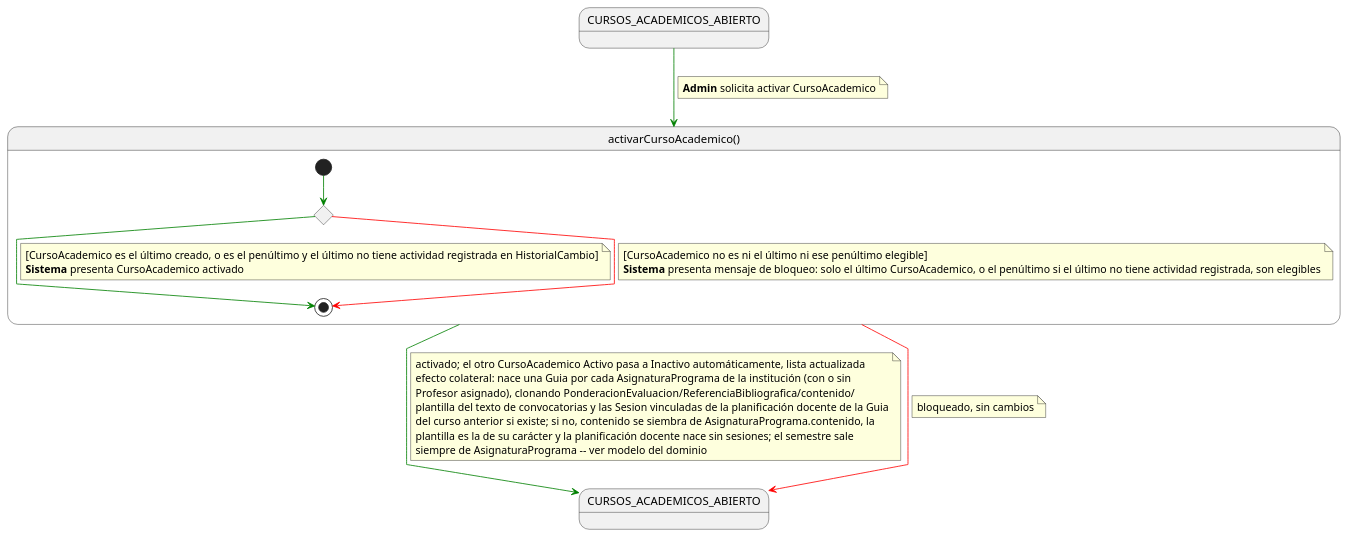
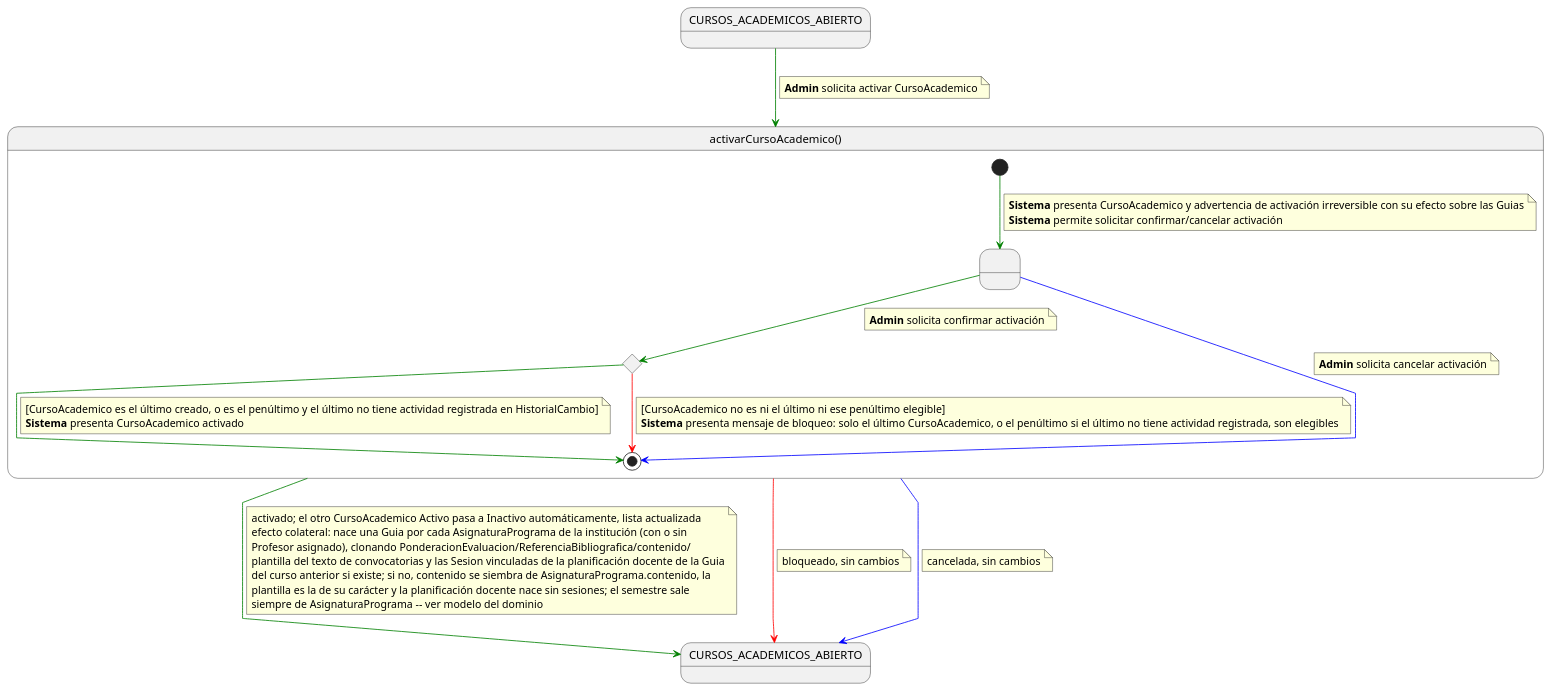
One commit to mmasias/pyCeldaPublico changed the diagram in RUP/01-requisitos/03-detalle-casos-uso/activarCursoAcademico/especificacion.puml. Above: the diagram before and after it, drawn with PlantUML. The commit also changed 384 other files, not shown here.

Commit message:
docs: sincroniza el subconjunto público con pyCelda 1344b652 (auditoría de wireframes de Admin: casos exclusivos y variantes de Admin de los compartidos)

```diff
--- a/RUP/01-requisitos/03-detalle-casos-uso/activarCursoAcademico/especificacion.puml
+++ b/RUP/01-requisitos/03-detalle-casos-uso/activarCursoAcademico/especificacion.puml
@@ -1,51 +1,68 @@
 @startuml activarCursoAcademico
 
 skinparam linetype polyline
 
 state CURSOS_ACADEMICOS_ABIERTO
 state CURSOS_ACADEMICOS_ABIERTOS_SALIDA as "CURSOS_ACADEMICOS_ABIERTO"
 
 CURSOS_ACADEMICOS_ABIERTO -[#green]-> activarCursoAcademico
 note on link
 <b>Admin</b> solicita activar CursoAcademico
 end note
 
-' No implementado en código -- caso de uso solo de la fase de Requisitos.
-' Mismo régimen que Requisito/CursoAcademico en el modelo del dominio:
-' representación correcta, pendiente de construir.
 state activarCursoAcademico as "activarCursoAcademico()" {
 
+    state " " as ConfirmandoActivacion
     state c <<choice>>
 
-    [*] -[#green]-> c
+    [*] -[#green]-> ConfirmandoActivacion
+    note on link
+    <b>Sistema</b> presenta CursoAcademico y advertencia de activación irreversible con su efecto sobre las Guias
+    <b>Sistema</b> permite solicitar confirmar/cancelar activación
+    end note
+
+    ConfirmandoActivacion -[#green]-> c
+    note on link
+    <b>Admin</b> solicita confirmar activación
+    end note
+
+    ConfirmandoActivacion -[#blue]-> [*]
+    note on link
+    <b>Admin</b> solicita cancelar activación
+    end note
 
     c -[#green]-> [*]
     note on link
     [CursoAcademico es el último creado, o es el penúltimo y el último no tiene actividad registrada en HistorialCambio]
     <b>Sistema</b> presenta CursoAcademico activado
     end note
 
     c -[#red]-> [*]
     note on link
     [CursoAcademico no es ni el último ni ese penúltimo elegible]
     <b>Sistema</b> presenta mensaje de bloqueo: solo el último CursoAcademico, o el penúltimo si el último no tiene actividad registrada, son elegibles
     end note
 }
 
 activarCursoAcademico -[#green]-> CURSOS_ACADEMICOS_ABIERTOS_SALIDA
 note on link
 activado; el otro CursoAcademico Activo pasa a Inactivo automáticamente, lista actualizada
 efecto colateral: nace una Guia por cada AsignaturaPrograma de la institución (con o sin
 Profesor asignado), clonando PonderacionEvaluacion/ReferenciaBibliografica/contenido/
 plantilla del texto de convocatorias y las Sesion vinculadas de la planificación docente de la Guia
 del curso anterior si existe; si no, contenido se siembra de AsignaturaPrograma.contenido, la
 plantilla es la de su carácter y la planificación docente nace sin sesiones; el semestre sale
 siempre de AsignaturaPrograma -- ver modelo del dominio
 end note
 
 activarCursoAcademico -[#red]-> CURSOS_ACADEMICOS_ABIERTOS_SALIDA
 note on link
 bloqueado, sin cambios
 end note
 
+activarCursoAcademico -[#blue]-> CURSOS_ACADEMICOS_ABIERTOS_SALIDA
+note on link
+cancelada, sin cambios
+end note
+
 @enduml
```
